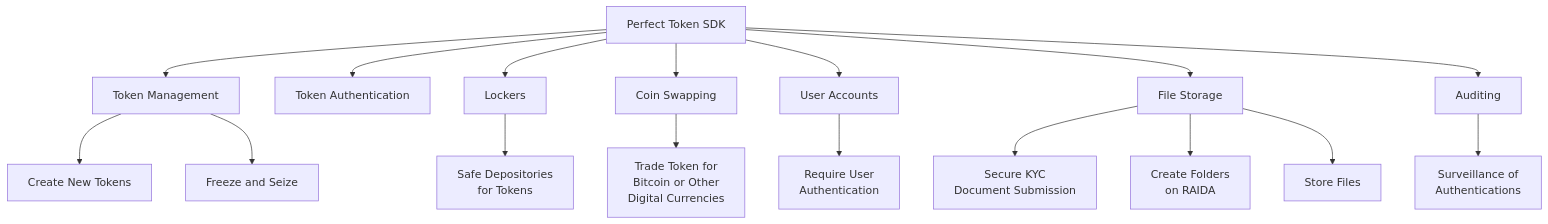
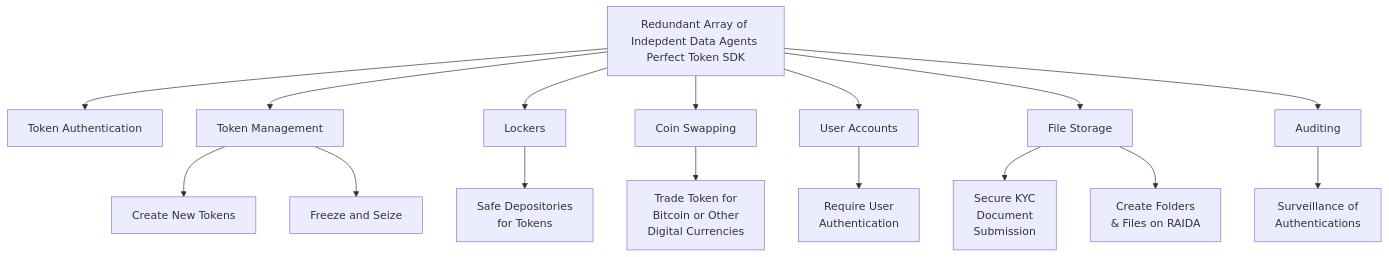
The diagram in Whitepaper.md (worthingtonse/Scopeofwork), drawn with Mermaid before and after one commit.

````diff
--- a/Whitepaper.md
+++ b/Whitepaper.md
@@ -1,26 +1,25 @@
 ```mermaid
 graph TD
-    A[Perfect Token SDK] --> B[Token Management]
-    A --> C[Token Authentication]
+    A[Redundant Array of Indepdent Data Agents <br>Perfect Token SDK] --> B[Token Authentication]
+    A --> C[Token Management]
     A --> D[Lockers]
     A --> E[Coin Swapping]
     A --> F[User Accounts]
     A --> G[File Storage]
     A --> I[Auditing]
     
-    B --> B1[Create New Tokens]
-    B --> B2[Freeze and Seize]
+    C --> C1[Create New Tokens]
+    C --> C2[Freeze and Seize]
     
     D --> D1[Safe Depositories<br>for Tokens]
     
     E --> E1[Trade Token for<br>Bitcoin or Other<br>Digital Currencies]
     
     F --> F1[Require User<br>Authentication]
     
-    G --> G1[Secure KYC<br>Document Submission]
-    G --> G2[Create Folders<br>on RAIDA]
-    G --> G3[Store Files]
+    G --> G1[Secure KYC<br>Document <br>Submission]
+    G --> G2[Create Folders <br>& Files on RAIDA]
     
     I --> I1[Surveillance of<br>Authentications]
     
 ```
````
